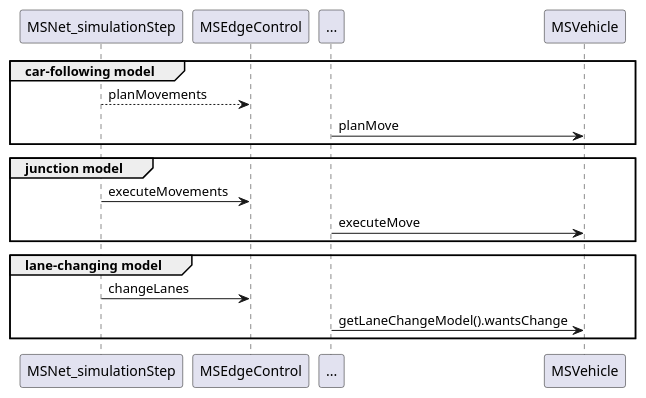
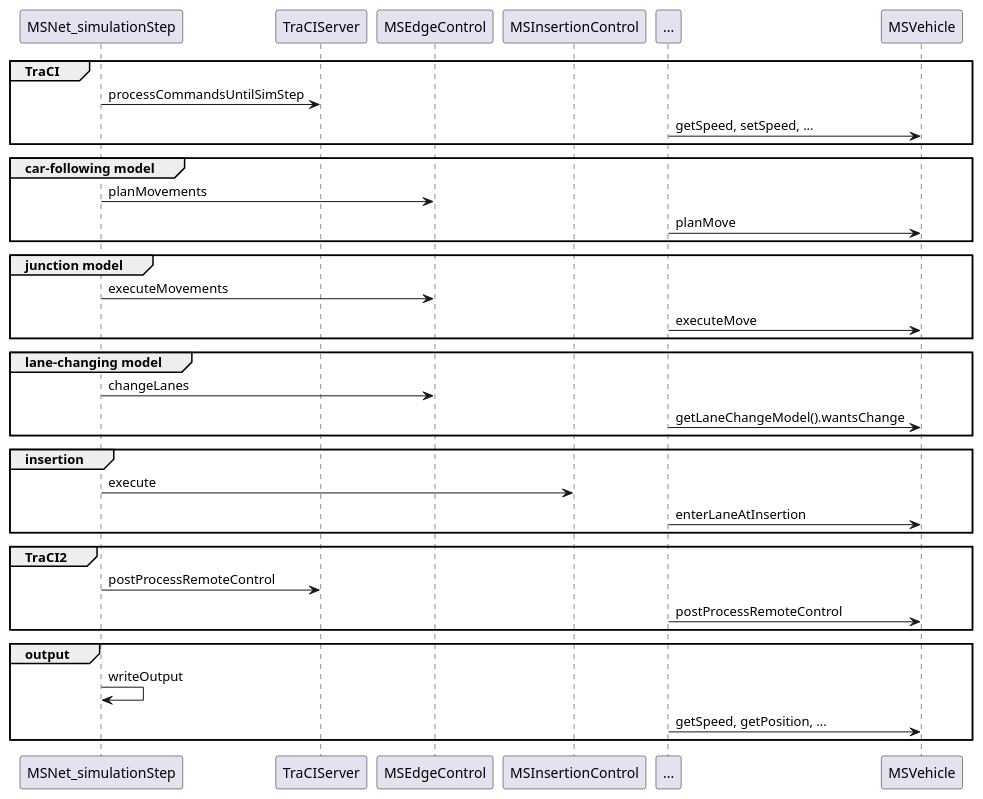
One commit to eclipse-sumo/sumo changed the diagram in docs/web/docs/Developer/Implementation_Notes/Simulation_Loop.md. Above: the diagram before and after it, drawn with PlantUML. The commit also changed 1 other file, not shown here.

Commit message:
updated and linked main loop diagram refs #2

````diff
--- a/docs/web/docs/Developer/Implementation_Notes/Simulation_Loop.md
+++ b/docs/web/docs/Developer/Implementation_Notes/Simulation_Loop.md
@@ -12,21 +12,47 @@
 ```plantuml
 @startuml
 participant MSNet_simulationStep as simstep
+participant TraCIServer
 participant MSEdgeControl
+participant MSInsertionControl
+participant MSInsertionControl
 participant ...
 participant MSVehicle
 
+group TraCI
+simstep -> TraCIServer : processCommandsUntilSimStep
+... -> MSVehicle : getSpeed, setSpeed, ...
+end
+
 group car-following model
-simstep --> MSEdgeControl : planMovements
+simstep -> MSEdgeControl : planMovements
 ... -> MSVehicle : planMove
 end
+
 group junction model
 simstep -> MSEdgeControl : executeMovements
 ... -> MSVehicle : executeMove
 end
+
 group lane-changing model
 simstep -> MSEdgeControl : changeLanes
 ... -> MSVehicle : getLaneChangeModel().wantsChange
 end
+
+group insertion
+simstep -> MSInsertionControl : execute
+... -> MSVehicle : enterLaneAtInsertion
+end
+
+group TraCI2
+simstep -> TraCIServer : postProcessRemoteControl
+... -> MSVehicle : postProcessRemoteControl
+end
+
+group output
+simstep -> simstep : writeOutput
+... -> MSVehicle : getSpeed, getPosition, ...
+end
+
 @enduml
 ```
````
